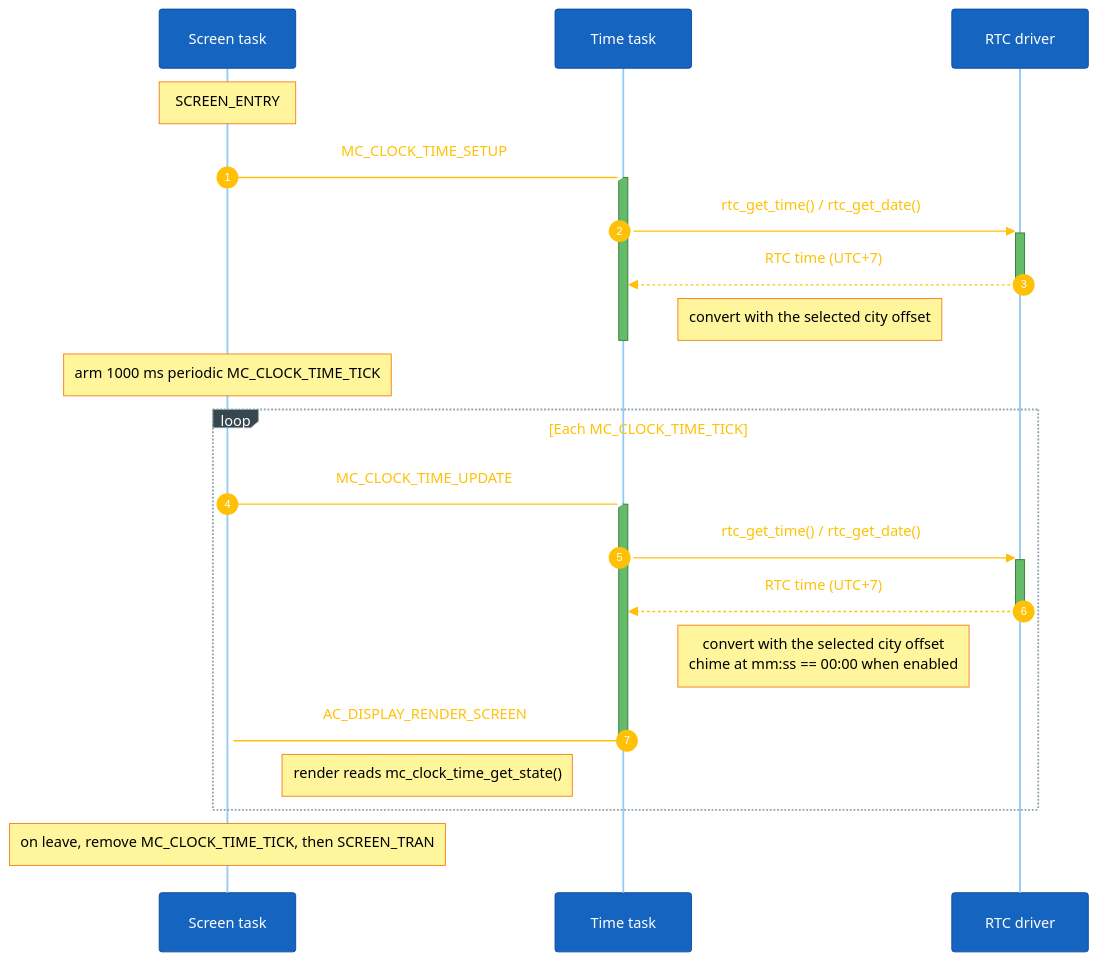
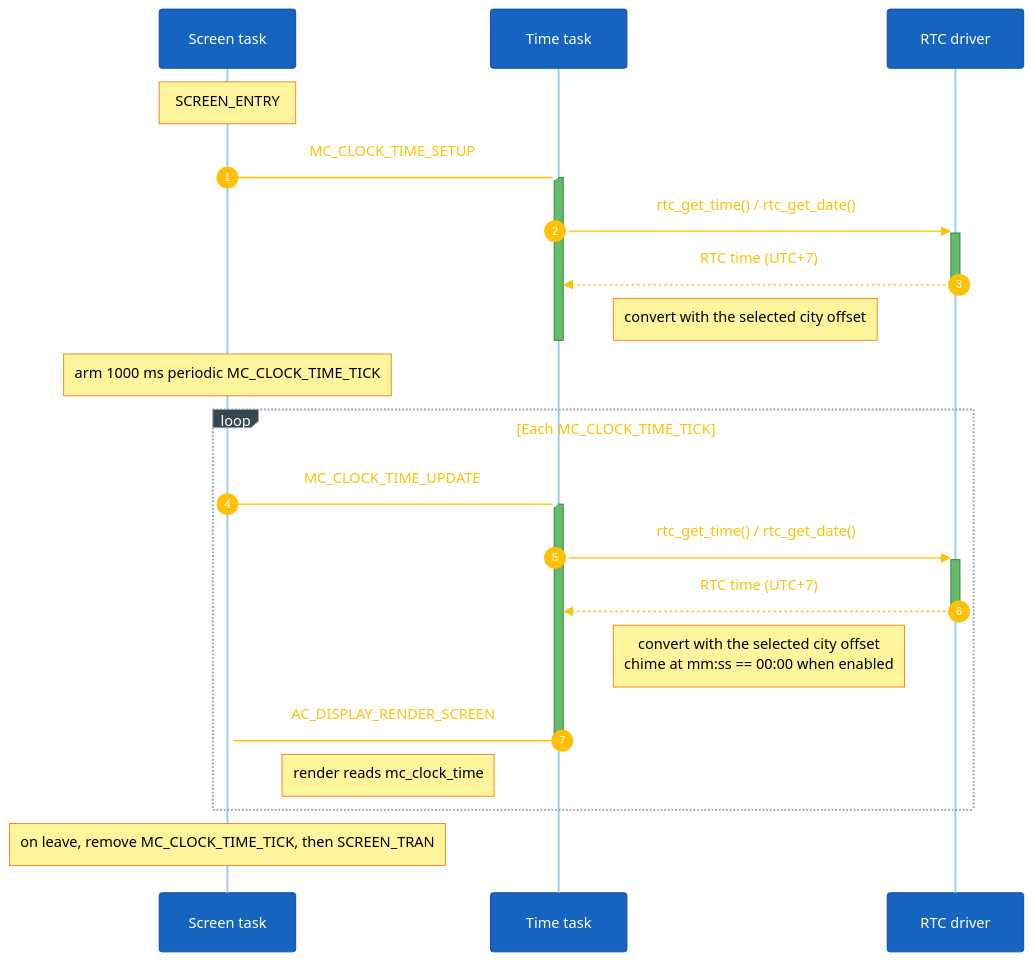
The second of 8 diagrams in docs/02-design-sequence-object.md (caotrongphuoc/mini-clock), drawn with Mermaid before and after one commit. The commit also changed other lines of this file and 25 other files, not shown here.

Commit message:
[UPDATE] share clock object state as extern instances and drop get_state copies

````diff
--- a/docs/02-design-sequence-object.md
+++ b/docs/02-design-sequence-object.md
@@ -97,30 +97,30 @@
 ```mermaid
 %%{init: {'theme':'base','themeVariables':{'fontSize':'18px','primaryColor':'#1565c0','primaryTextColor':'#ffffff','primaryBorderColor':'#0d47a1','lineColor':'#90a4ae','signalColor':'#ffc107','signalTextColor':'#ffc107','actorBkg':'#1565c0','actorBorder':'#0d47a1','actorTextColor':'#ffffff','actorLineColor':'#90caf9','noteBkgColor':'#fff59d','noteTextColor':'#000000','noteBorderColor':'#f57f17','activationBkgColor':'#66bb6a','activationBorderColor':'#2e7d32','sequenceNumberColor':'#ffffff','loopTextColor':'#ffc107','labelBoxBkgColor':'#37474f','labelBoxBorderColor':'#90a4ae','labelTextColor':'#ffffff'},'sequence':{'actorMargin':120,'messageFontSize':17,'noteFontSize':15,'actorFontSize':17,'boxMargin':15,'boxTextMargin':8,'noteMargin':12,'useMaxWidth':false}}}%%
 sequenceDiagram
     autonumber
     participant Scr as Screen task
     participant Time as Time task
     participant Drv as RTC driver
 
     Note over Scr: SCREEN_ENTRY
     Scr-)Time: MC_CLOCK_TIME_SETUP
     activate Time
     Time->>+Drv: rtc_get_time() / rtc_get_date()
     Drv-->>-Time: RTC time (UTC+7)
     Note right of Time: convert with the selected city offset
     deactivate Time
     Note over Scr: arm 1000 ms periodic MC_CLOCK_TIME_TICK
 
     loop Each MC_CLOCK_TIME_TICK
         Scr-)Time: MC_CLOCK_TIME_UPDATE
         activate Time
         Time->>+Drv: rtc_get_time() / rtc_get_date()
         Drv-->>-Time: RTC time (UTC+7)
         Note right of Time: convert with the selected city offset<br/>chime at mm:ss == 00:00 when enabled
         Time-)Scr: AC_DISPLAY_RENDER_SCREEN
         deactivate Time
-        Note right of Scr: render reads mc_clock_time_get_state()
+        Note right of Scr: render reads mc_clock_time
     end
 
     Note over Scr: on leave, remove MC_CLOCK_TIME_TICK, then SCREEN_TRAN
 ```
````
